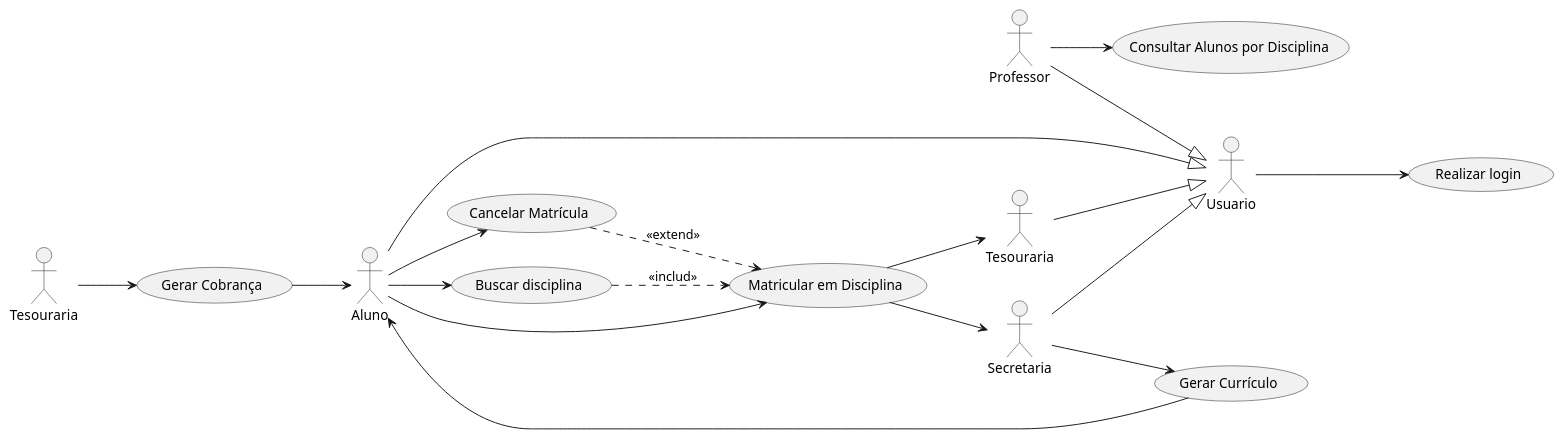
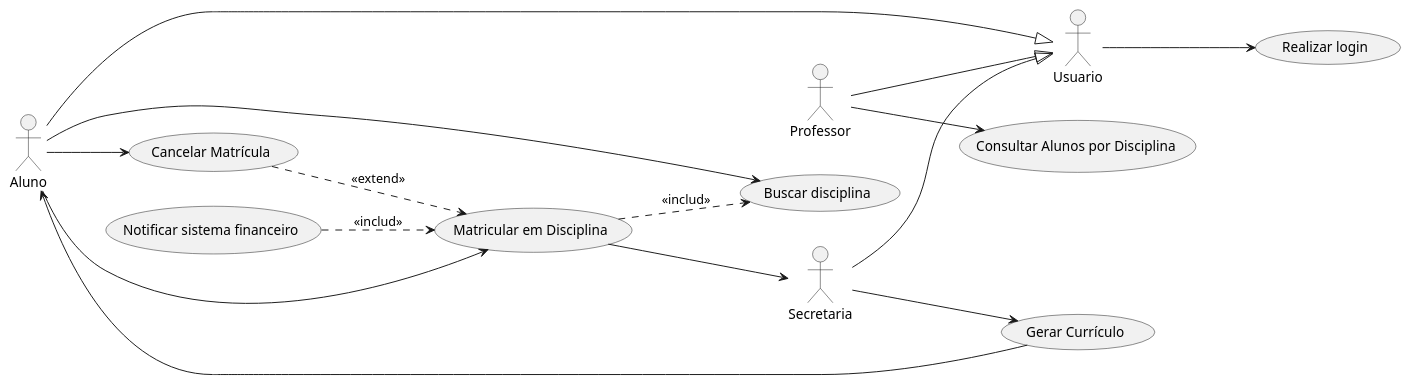
One commit to PedroRamos98/SistemaDeMatriculas changed the diagram in project/code/Matricula.puml. Above: the diagram before and after it, drawn with PlantUML. The commit also changed 7 other files, not shown here.

Commit message:
chore: class diagram impl, and corrections

```diff
--- a/project/code/Matricula.puml
+++ b/project/code/Matricula.puml
@@ -1,50 +1,41 @@
 @startuml
-
-
 left to right direction
 
 ' Define os atores
 actor Aluno
 actor Professor
 actor Secretaria
-actor SistemaCobranças as "Tesouraria"
 actor Usuario
 
 Aluno--|> Usuario
 Professor--|> Usuario
 Secretaria--|> Usuario
-Tesouraria--|> Usuario
+
 
 ' Define os casos de uso
 usecase "Gerar Currículo" as UC1
 usecase "Consultar Alunos por Disciplina" as UC2
 usecase "Matricular em Disciplina" as UC3
 usecase "Cancelar Matrícula" as UC4
-usecase "Gerar Cobrança" as UC5
 usecase "Realizar login" as UC6
 usecase "Buscar disciplina" as UC7
+usecase "Notificar sistema financeiro" as UC8
 
 ' Define as relações entre atores e casos de uso
 
 Usuario --> UC6
 
 Aluno --> UC4
 Aluno --> UC3
+UC3 --> Secretaria
+UC8 ..> UC3 : <<includ>>
+
 Aluno --> UC7
-UC3 --> Secretaria
-UC3 --> Tesouraria
-
 UC4 ..> UC3 : <<extend>>
-UC7 ..> UC3 : <<includ>>
+UC3 ..> UC7 : <<includ>>
 
 Professor --> UC2 
 
 Secretaria --> UC1
 UC1 --> Aluno
-
-SistemaCobranças --> UC5
-UC5 --> Aluno
-
-
-
 @enduml
```
